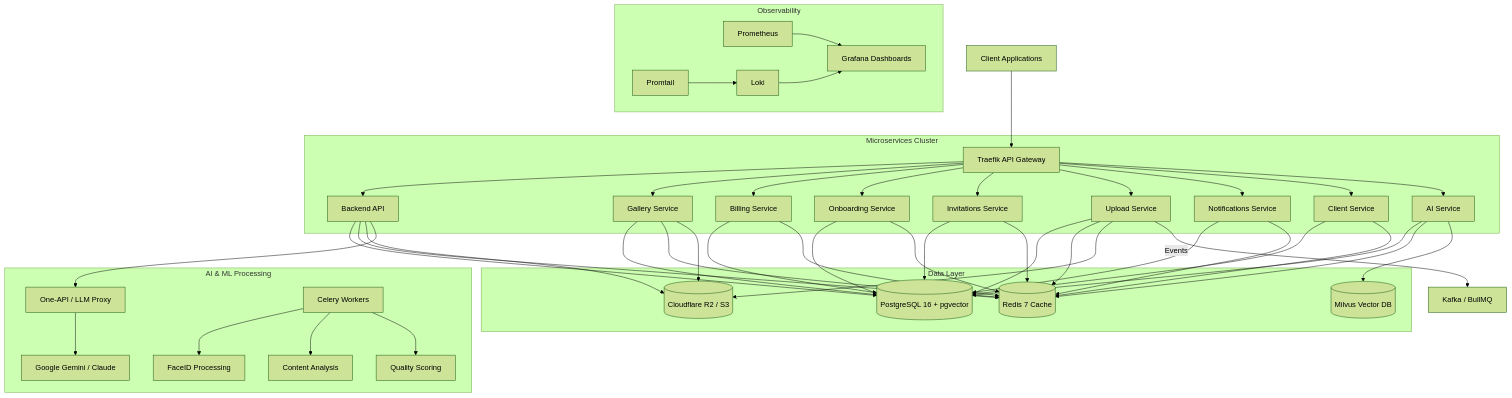
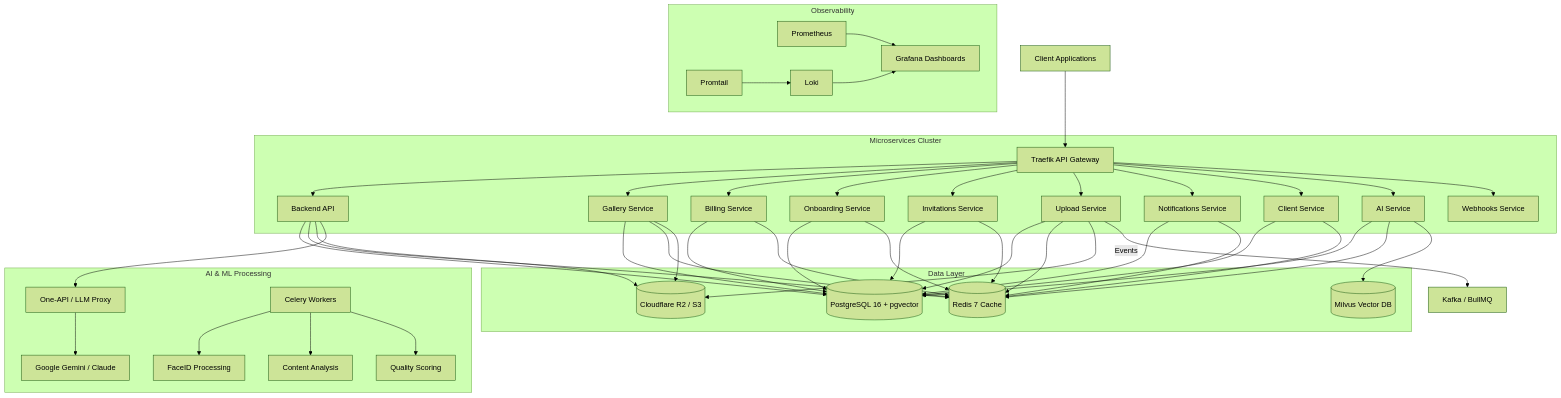
One commit to veerababumanyam/RawDrive changed the diagram in README.md. Above: the diagram before and after it, drawn with Mermaid (forest theme). The commit also changed other lines of this file and 235 other files, not shown here.

First line of the commit message:
chore(release): v0.3.2 - Personal Profiles, Webhooks Service, Workspace Settings

````diff
--- a/README.md
+++ b/README.md
@@ -108,39 +129,40 @@
 ```mermaid
 graph TB
     A[Client Applications] --> B[Traefik API Gateway]
     
     subgraph "Microservices Cluster"
         B --> C[Backend API]
         B --> D[Gallery Service]
         B --> E[Billing Service]
         B --> F[Onboarding Service]
         B --> G[Invitations Service]
         B --> H[Upload Service]
         B --> I[Notifications Service]
         B --> J[Client Service]
         B --> K[AI Service]
+        B --> L2[Webhooks Service]
     end
 
     subgraph "Data Layer"
         C & D & E & F & G & H & I & J & K --> L[(PostgreSQL 16 + pgvector)]
         C & D & E & F & G & H & I & J & K --> M[(Redis 7 Cache)]
         C & D & H --> N[(Cloudflare R2 / S3)]
         K --> O[(Milvus Vector DB)]
     end
 
     subgraph "AI & ML Processing"
         C --> P[One-API / LLM Proxy]
         P --> Q[Google Gemini / Claude]
         R[Celery Workers] --> S[FaceID Processing]
         R --> T[Content Analysis]
         R --> U[Quality Scoring]
     end
 
     subgraph "Observability"
         V[Prometheus] --> W[Grafana Dashboards]
         X[Loki] --> W
         Y[Promtail] --> X
     end
 
     H -- Events --> Z[Kafka / BullMQ]
 ```
````
